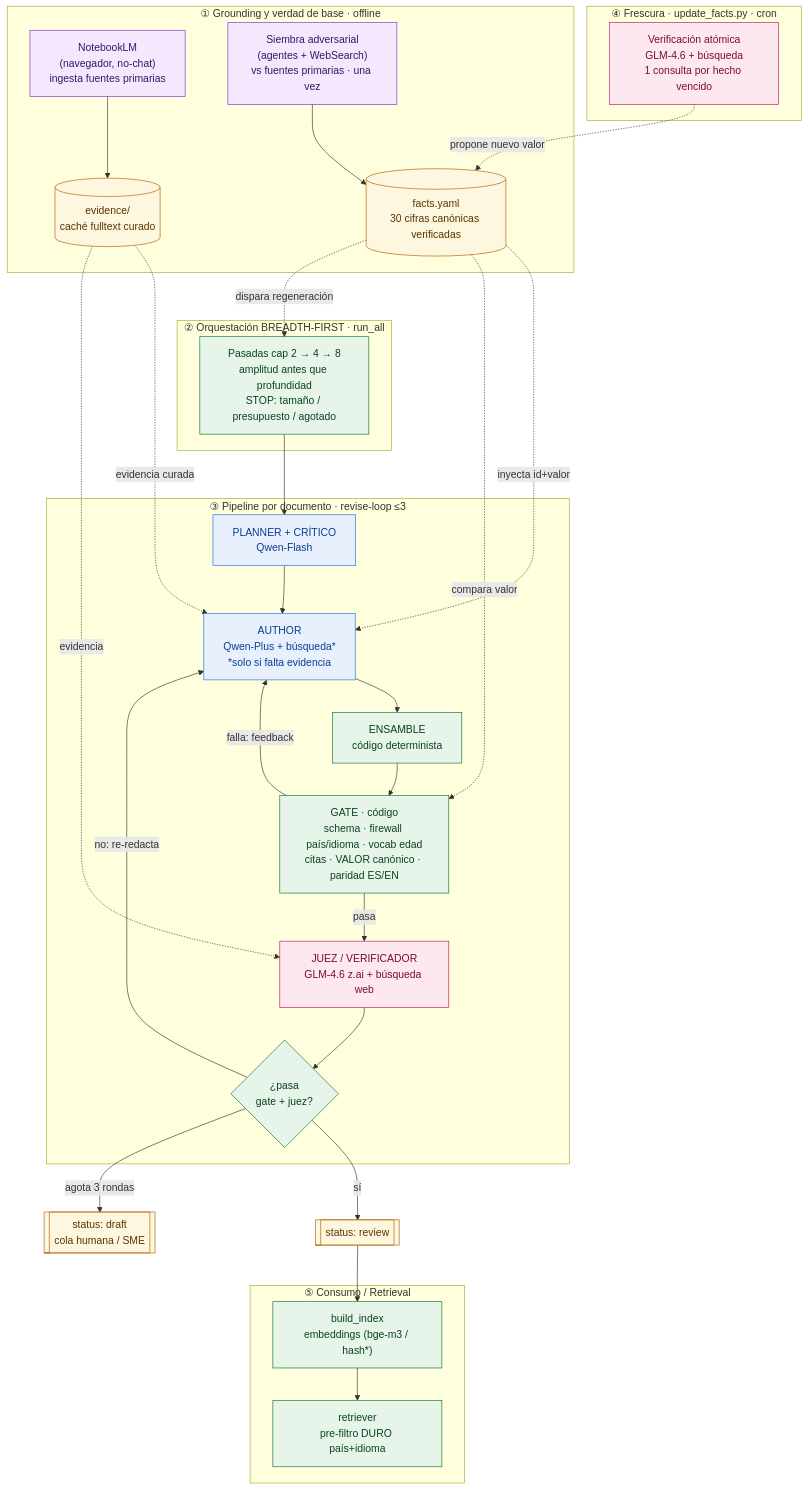
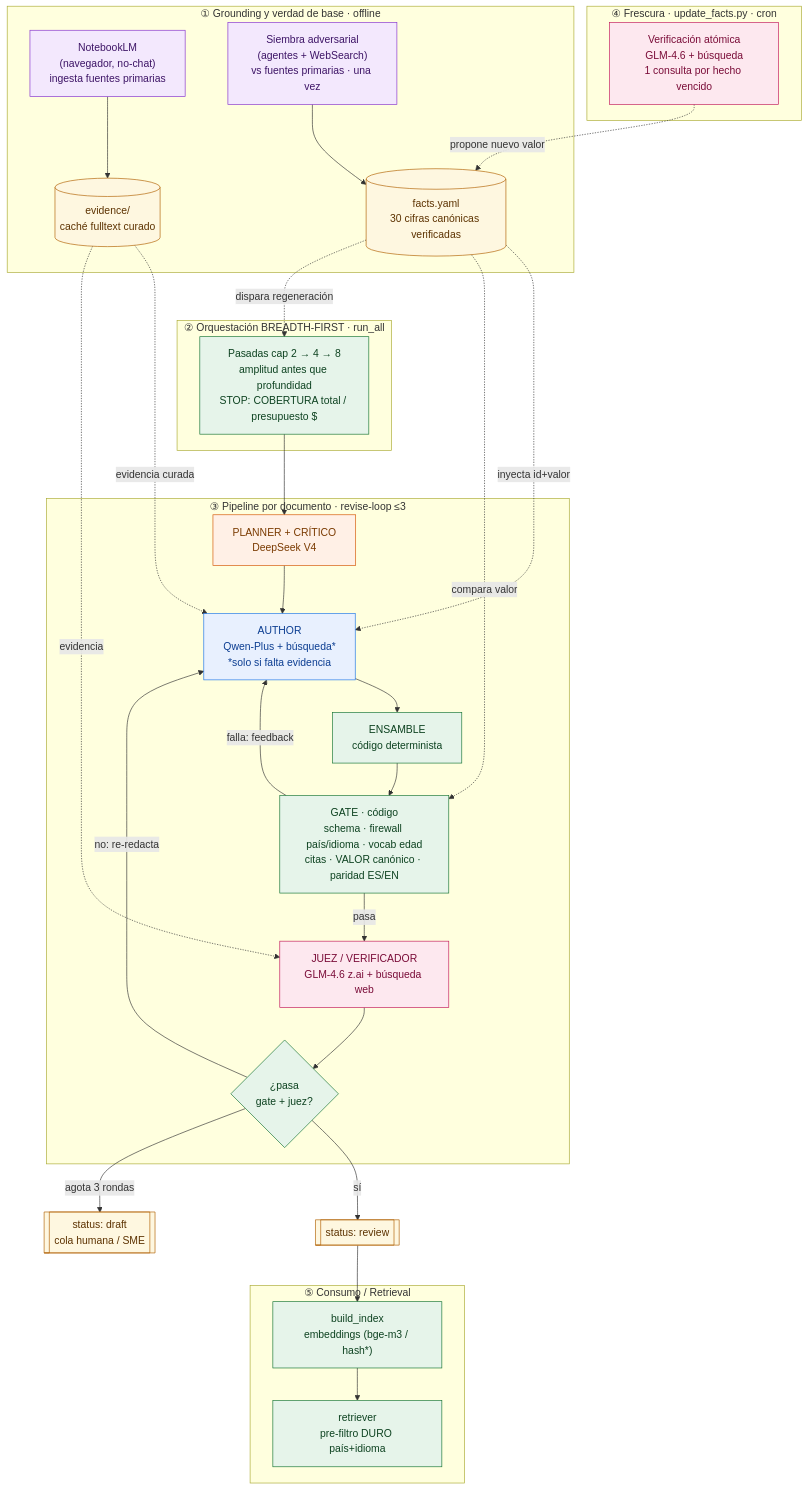
One commit to jesusvasquezjr3-littlefounders/LITTLEFOUNDERS-AI changed the diagram in littlefounders_brain/rag-llm-brain/ARCHITECTURE_V3.md. Above: the diagram before and after it, drawn with Mermaid. The commit also changed other lines of this file and 8 other files, not shown here.

````diff
--- a/littlefounders_brain/rag-llm-brain/ARCHITECTURE_V3.md
+++ b/littlefounders_brain/rag-llm-brain/ARCHITECTURE_V3.md
@@ -49,57 +50,58 @@
 ```mermaid
 flowchart TD
     classDef qwen fill:#e8f0fe,stroke:#1a73e8,color:#0b3d91;
     classDef glm fill:#fde8ef,stroke:#c2185b,color:#7a0c38;
     classDef code fill:#e6f4ea,stroke:#137333,color:#0d4220;
     classDef data fill:#fef7e0,stroke:#b06000,color:#5c3200;
     classDef ext fill:#f3e8fd,stroke:#8430ce,color:#3d1466;
+    classDef deepseek fill:#fff0e6,stroke:#d35400,color:#7a3a00;
 
     subgraph G["① Grounding y verdad de base · offline"]
         NB["NotebookLM<br/>(navegador, no-chat)<br/>ingesta fuentes primarias"]:::ext
         EV[("evidence/<br/>caché fulltext curado")]:::data
         SEED["Siembra adversarial<br/>(agentes + WebSearch)<br/>vs fuentes primarias · una vez"]:::ext
         FACTS[("facts.yaml<br/>30 cifras canónicas verificadas")]:::data
         NB --> EV
         SEED --> FACTS
     end
 
     subgraph O["② Orquestación BREADTH-FIRST · run_all"]
-        PASS["Pasadas cap 2 → 4 → 8<br/>amplitud antes que profundidad<br/>STOP: tamaño / presupuesto / agotado"]:::code
+        PASS["Pasadas cap 2 → 4 → 8<br/>amplitud antes que profundidad<br/>STOP: COBERTURA total / presupuesto $"]:::code
     end
 
     subgraph DOC["③ Pipeline por documento · revise-loop ≤3"]
-        PL["PLANNER + CRÍTICO<br/>Qwen-Flash"]:::qwen
+        PL["PLANNER + CRÍTICO<br/>DeepSeek V4"]:::deepseek
         AU["AUTHOR<br/>Qwen-Plus + búsqueda*<br/>*solo si falta evidencia"]:::qwen
         AS["ENSAMBLE<br/>código determinista"]:::code
         GT["GATE · código<br/>schema · firewall país/idioma · vocab edad<br/>citas · VALOR canónico · paridad ES/EN"]:::code
         JU["JUEZ / VERIFICADOR<br/>GLM-4.6 z.ai + búsqueda web"]:::glm
         DEC{"¿pasa<br/>gate + juez?"}:::code
     end
 
     RV[["status: review"]]:::data
     DR[["status: draft<br/>cola humana / SME"]]:::data
 
     subgraph FR["④ Frescura · update_facts.py · cron"]
         UF["Verificación atómica<br/>GLM-4.6 + búsqueda<br/>1 consulta por hecho vencido"]:::glm
     end
 
     subgraph CO["⑤ Consumo / Retrieval"]
         IDX["build_index<br/>embeddings (bge-m3 / hash*)"]:::code
         RET["retriever<br/>pre-filtro DURO país+idioma"]:::code
     end
 
     PASS --> PL --> AU --> AS --> GT
     FACTS -. inyecta id+valor .-> AU
     EV -. evidencia curada .-> AU
     FACTS -. compara valor .-> GT
     GT -->|falla: feedback| AU
     GT -->|pasa| JU
     EV -. evidencia .-> JU
     JU --> DEC
     DEC -->|sí| RV
     DEC -->|no: re-redacta| AU
     DEC -->|agota 3 rondas| DR
     RV --> IDX --> RET
     UF -. propone nuevo valor .-> FACTS
     FACTS -. dispara regeneración .-> PASS
 ```
````
